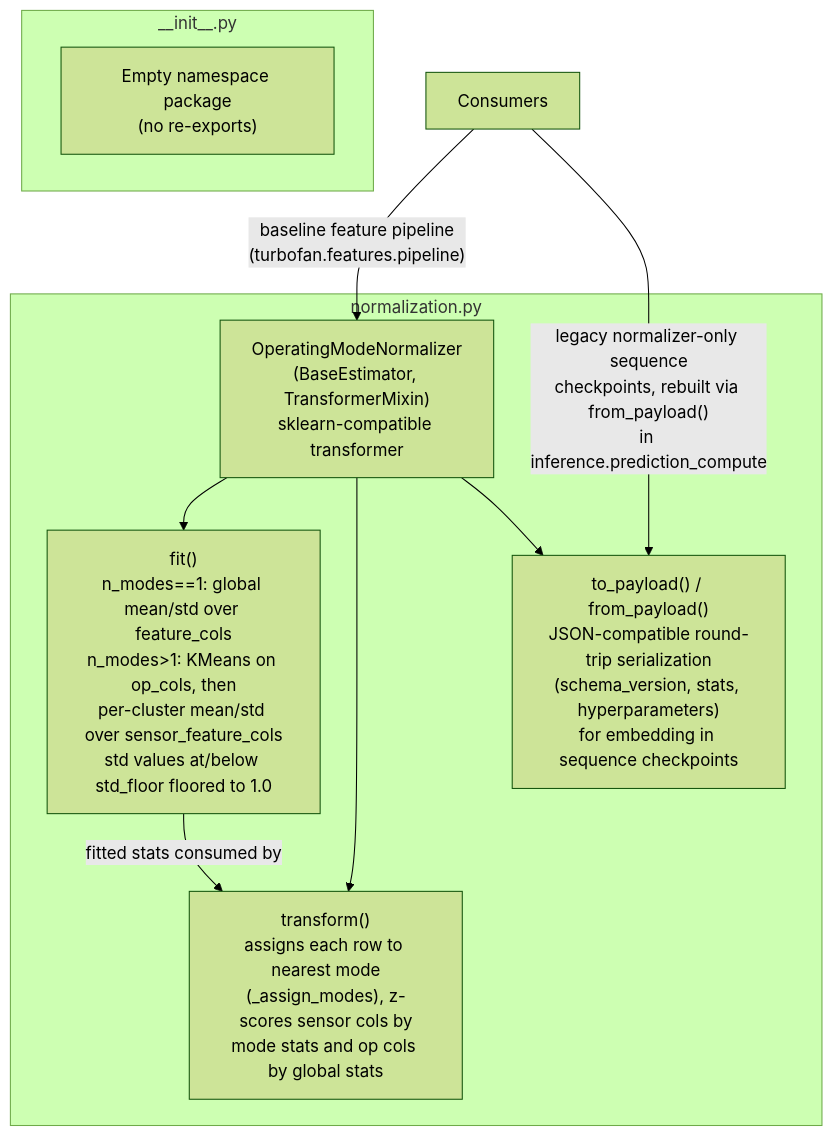
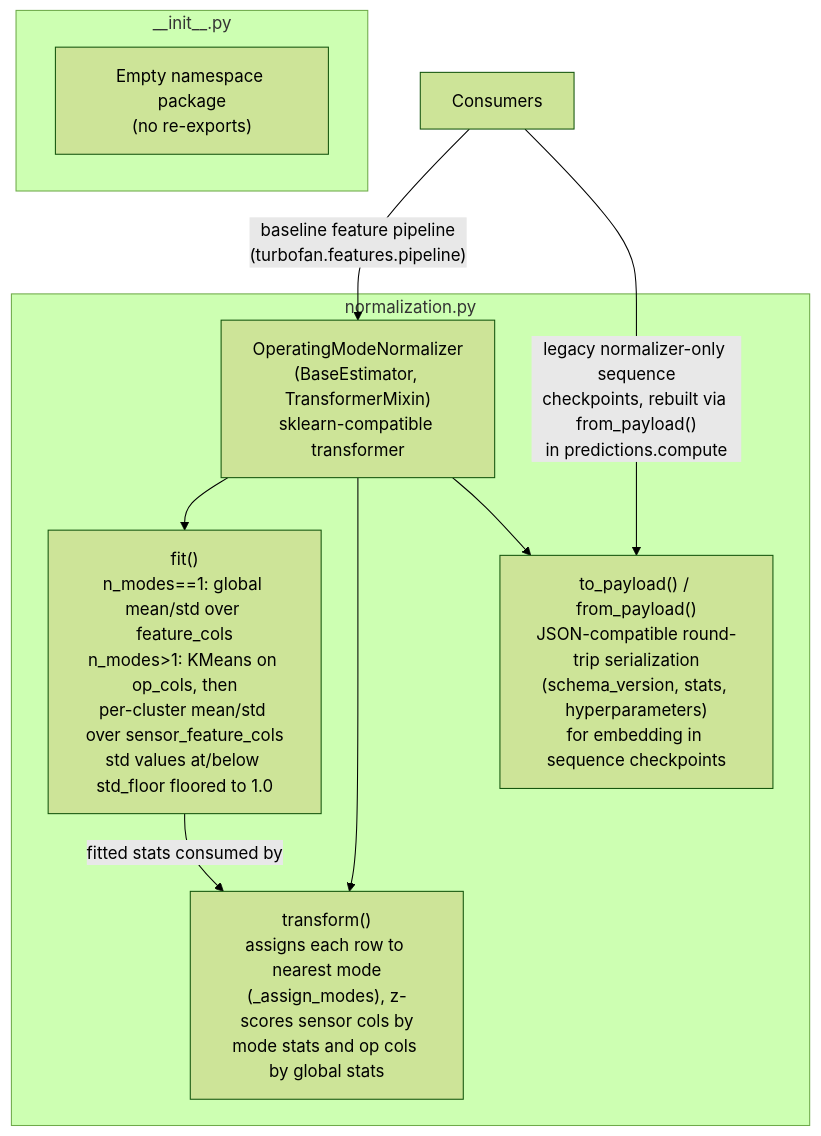
Before and after one commit to virgil-castillo/turbofan-rul-mlops: the diagram in src/turbofan/preprocessing/diagram.md, drawn with Mermaid (forest theme). The commit also changed 26 other files, not shown here.

First line of the commit message:
refactor(inference): split inference into predictions and serving packages

````diff
--- a/src/turbofan/preprocessing/diagram.md
+++ b/src/turbofan/preprocessing/diagram.md
@@ -3,22 +3,22 @@
 ```mermaid
 flowchart TD
     subgraph init_py["__init__.py"]
         I1["Empty namespace package\n(no re-exports)"]
     end
 
     subgraph normalization_py["normalization.py"]
         N1["OperatingModeNormalizer\n(BaseEstimator, TransformerMixin)\nsklearn-compatible transformer"]
         N2["fit()\nn_modes==1: global mean/std over feature_cols\nn_modes>1: KMeans on op_cols, then\nper-cluster mean/std over sensor_feature_cols\nstd values at/below std_floor floored to 1.0"]
         N3["transform()\nassigns each row to nearest mode\n(_assign_modes), z-scores sensor cols by\nmode stats and op cols by global stats"]
         N4["to_payload() / from_payload()\nJSON-compatible round-trip serialization\n(schema_version, stats, hyperparameters)\nfor embedding in sequence checkpoints"]
     end
 
     N1 --> N2
     N1 --> N3
     N2 -->|"fitted stats consumed by"| N3
     N1 --> N4
 
     Consumers["Consumers"]
     Consumers -->|"baseline feature pipeline\n(turbofan.features.pipeline)"| N1
-    Consumers -->|"legacy normalizer-only sequence\ncheckpoints, rebuilt via from_payload()\nin inference.prediction_compute"| N4
+    Consumers -->|"legacy normalizer-only sequence\ncheckpoints, rebuilt via from_payload()\nin predictions.compute"| N4
 ```
````
